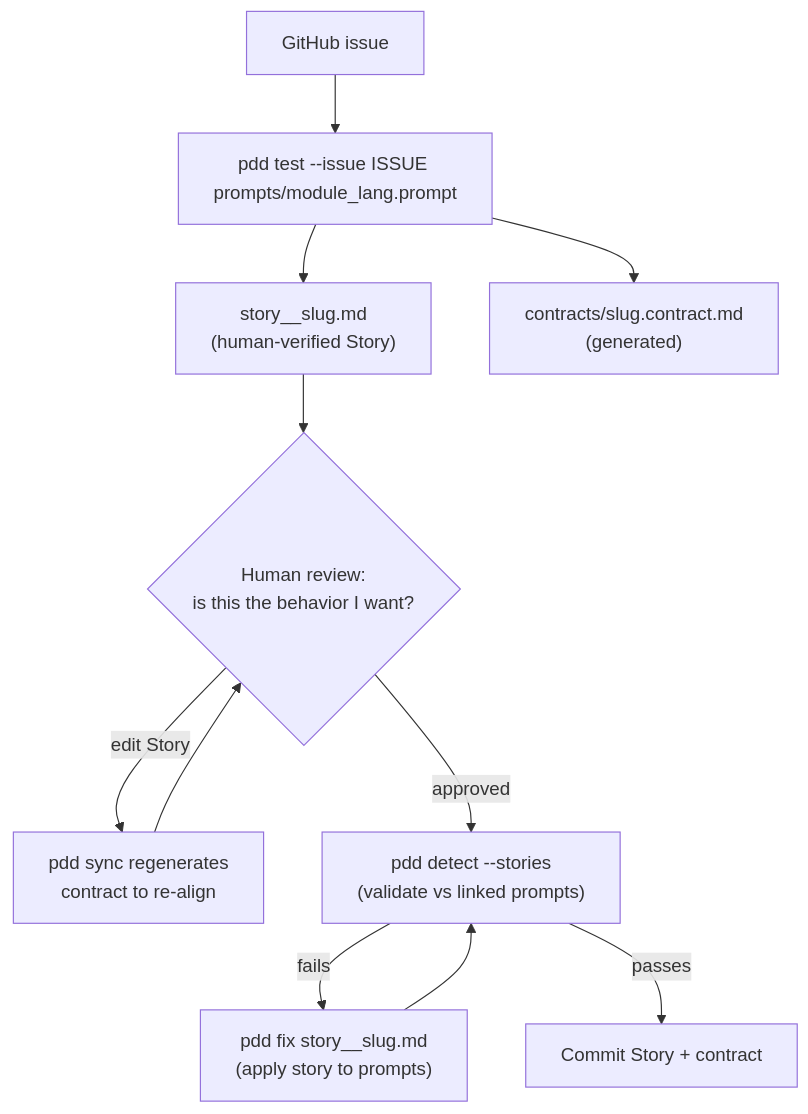
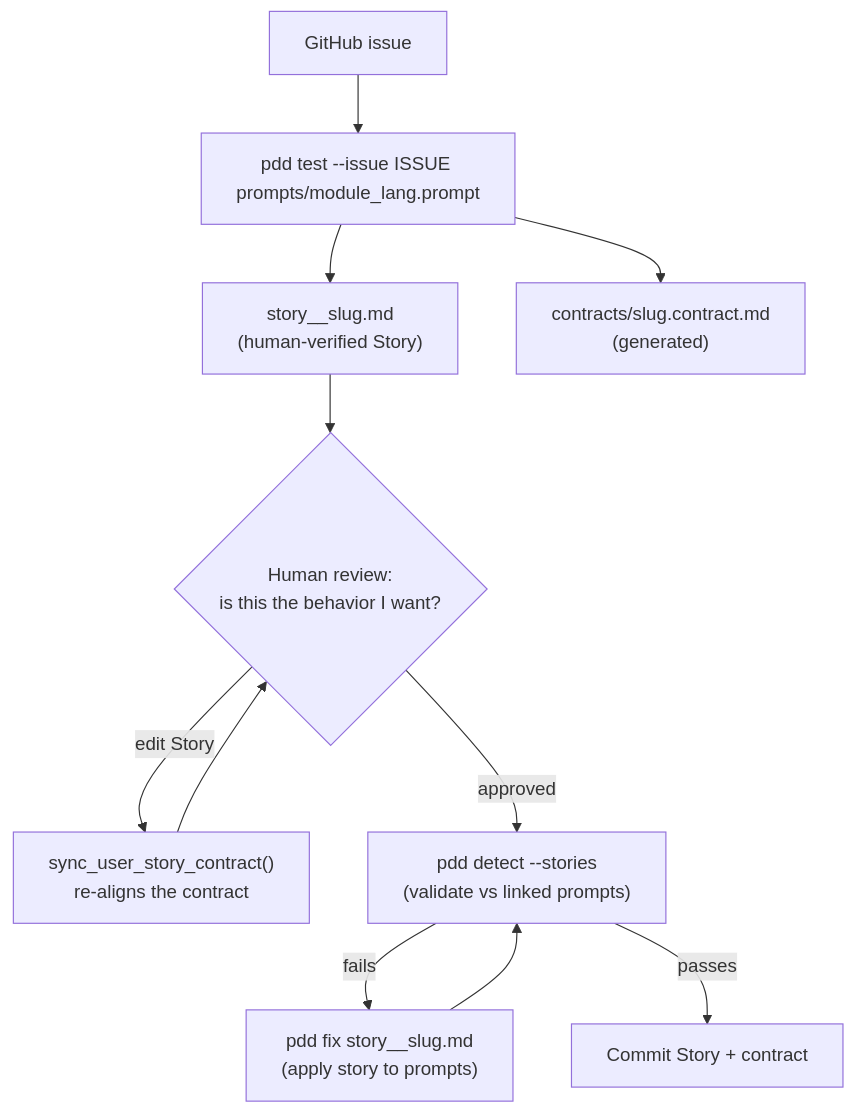
The diagram in docs/generating_user_stories.md (promptdriven/pdd), drawn with Mermaid before and after one commit. The commit also changed other lines of this file, not shown here.

First line of the commit message:
docs(stories): correct contract re-align step — no pdd sync CLI yet

````diff
--- a/docs/generating_user_stories.md
+++ b/docs/generating_user_stories.md
@@ -52,13 +52,13 @@
 ```mermaid
 flowchart TD
     A[GitHub issue] --> B["pdd test --issue ISSUE prompts/module_lang.prompt"]
     B --> C["story__slug.md<br/>(human-verified Story)"]
     B --> D["contracts/slug.contract.md<br/>(generated)"]
     C --> E{"Human review:<br/>is this the behavior I want?"}
-    E -- edit Story --> F["pdd sync regenerates<br/>contract to re-align"]
+    E -- edit Story --> F["sync_user_story_contract()<br/>re-aligns the contract"]
     F --> E
     E -- approved --> G["pdd detect --stories<br/>(validate vs linked prompts)"]
     G -- fails --> H["pdd fix story__slug.md<br/>(apply story to prompts)"]
     H --> G
     G -- passes --> I[Commit Story + contract]
 ```
````
